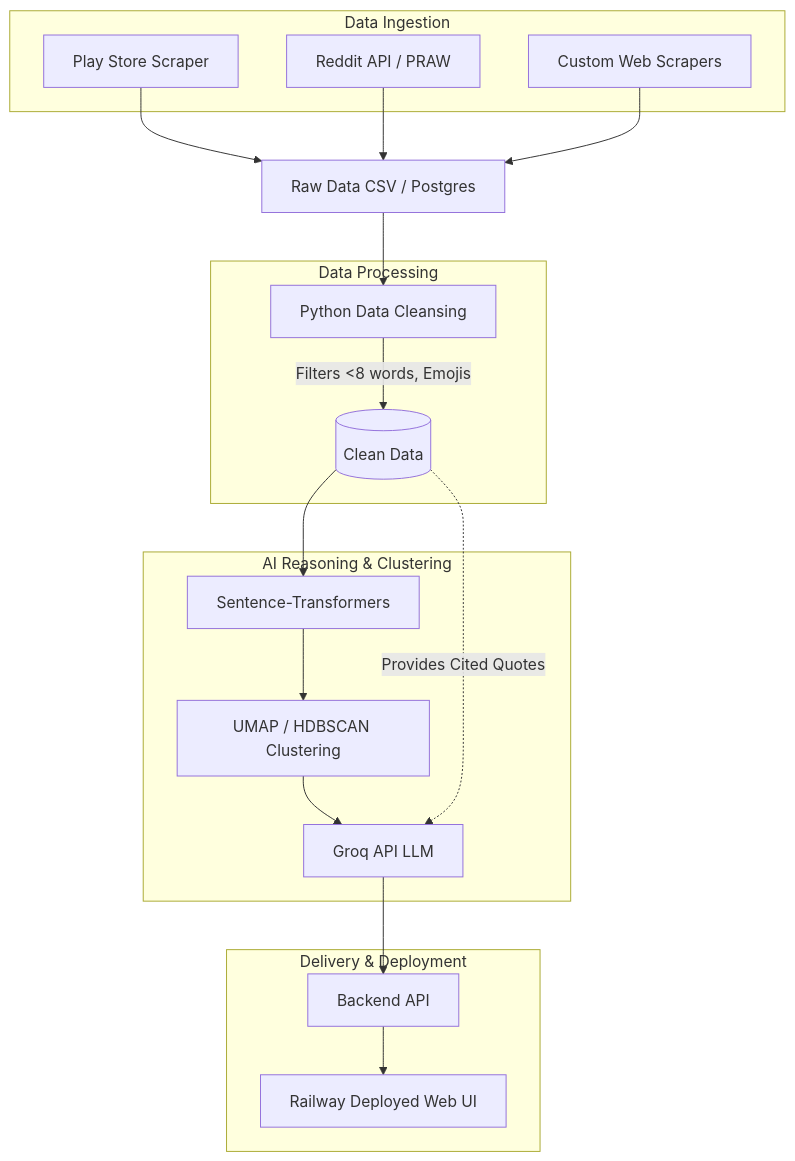
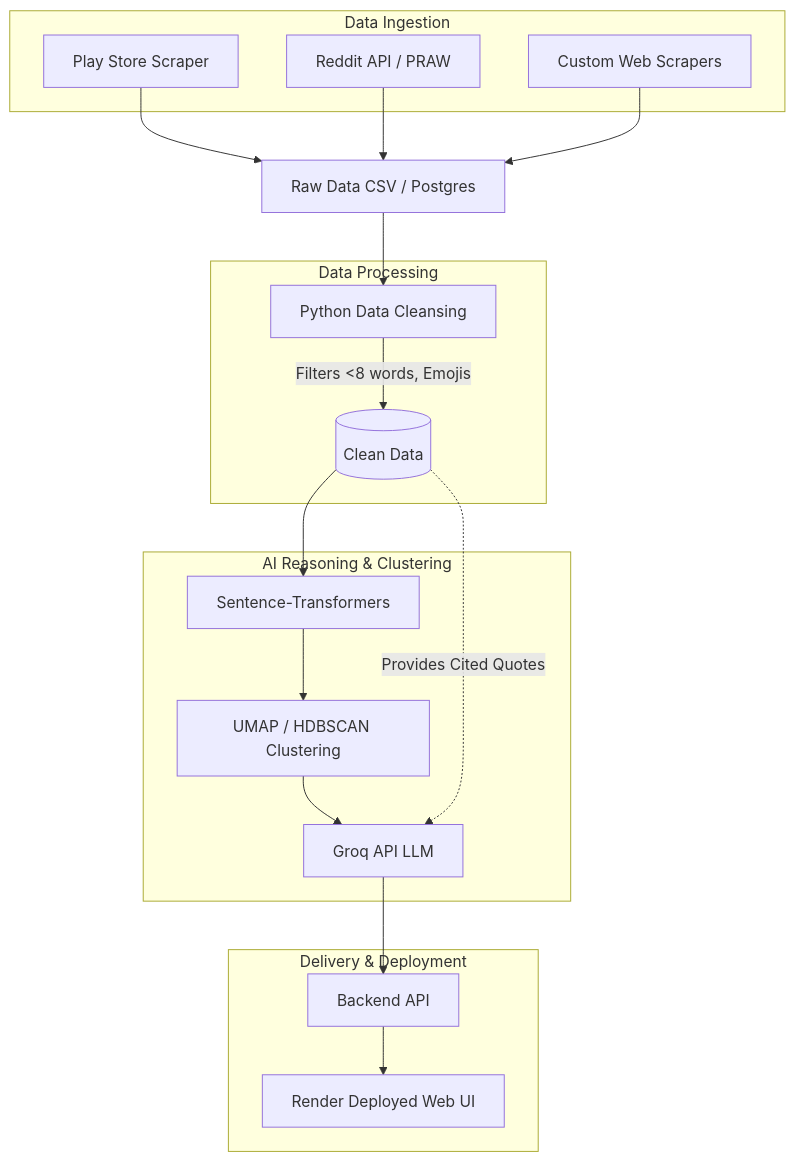
The diagram in Docs/architecture.md (shubhanextleap/GraduationProject_ReviewAnalysis), drawn with Mermaid before and after one commit. The commit also changed other lines of this file and 4 other files, not shown here.

Commit message:
Update documentation to replace Railway references with Render

````diff
--- a/Docs/architecture.md
+++ b/Docs/architecture.md
@@ -44,44 +43,44 @@
 ```mermaid
 graph TD
     %% Ingestion
     subgraph Data Ingestion
         A1[Play Store Scraper]
         A2[Reddit API / PRAW]
         A3[Custom Web Scrapers]
     end
     
     R[Raw Data CSV / Postgres]
     
     A1 --> R
     A2 --> R
     A3 --> R
 
     %% Processing
     subgraph Data Processing
         C[Python Data Cleansing]
         C -- Filters <8 words, Emojis --> DB1[(Clean Data)]
     end
     
     R --> C
 
     %% AI Layer
     subgraph AI Reasoning & Clustering
         V[Sentence-Transformers]
         CE[UMAP / HDBSCAN Clustering]
         LLM[Groq API LLM]
     end
     
     DB1 --> V
     V --> CE
     CE --> LLM
     DB1 -. Provides Cited Quotes .-> LLM
 
     %% Delivery
     subgraph Delivery & Deployment
         API[Backend API]
-        UI[Railway Deployed Web UI]
+        UI[Render Deployed Web UI]
     end
     
     LLM --> API
     API --> UI
 ```
````
